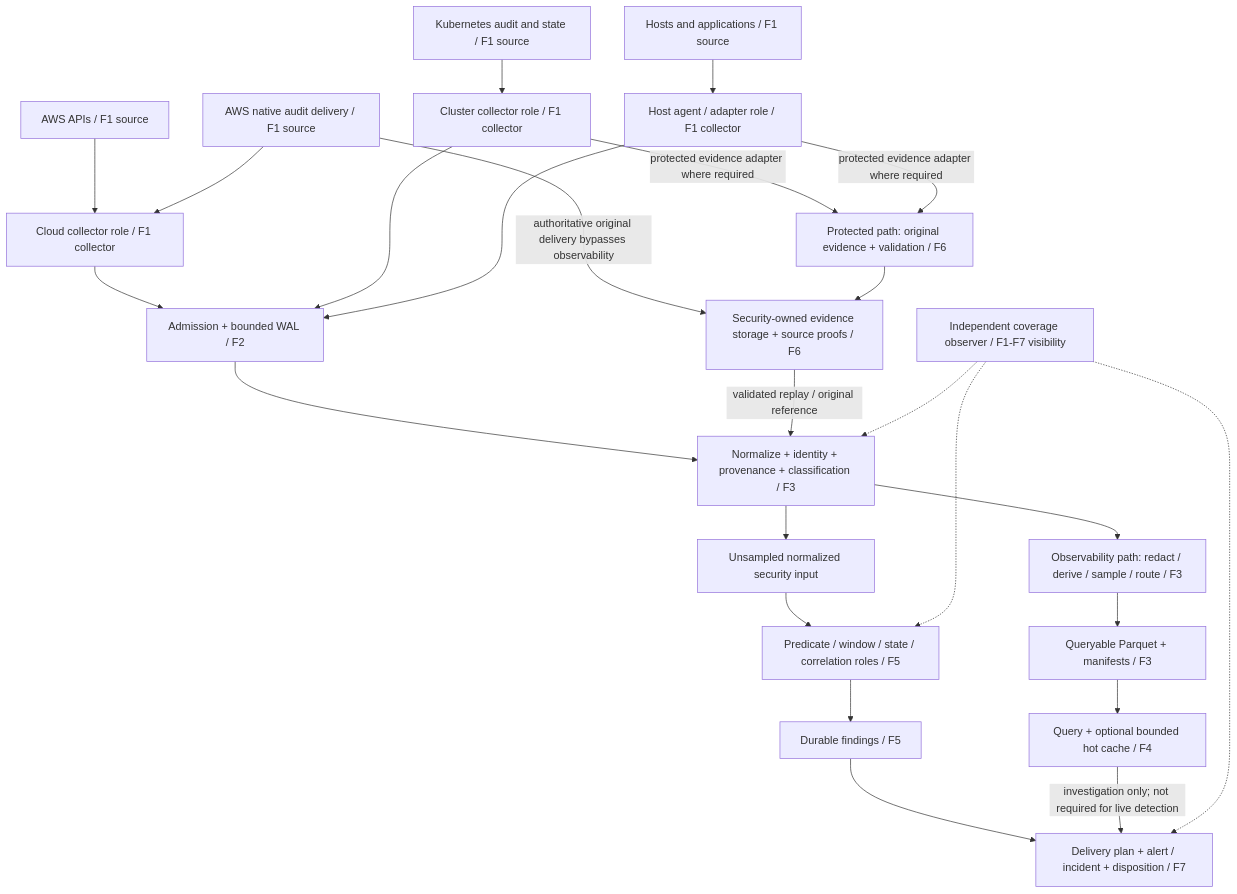
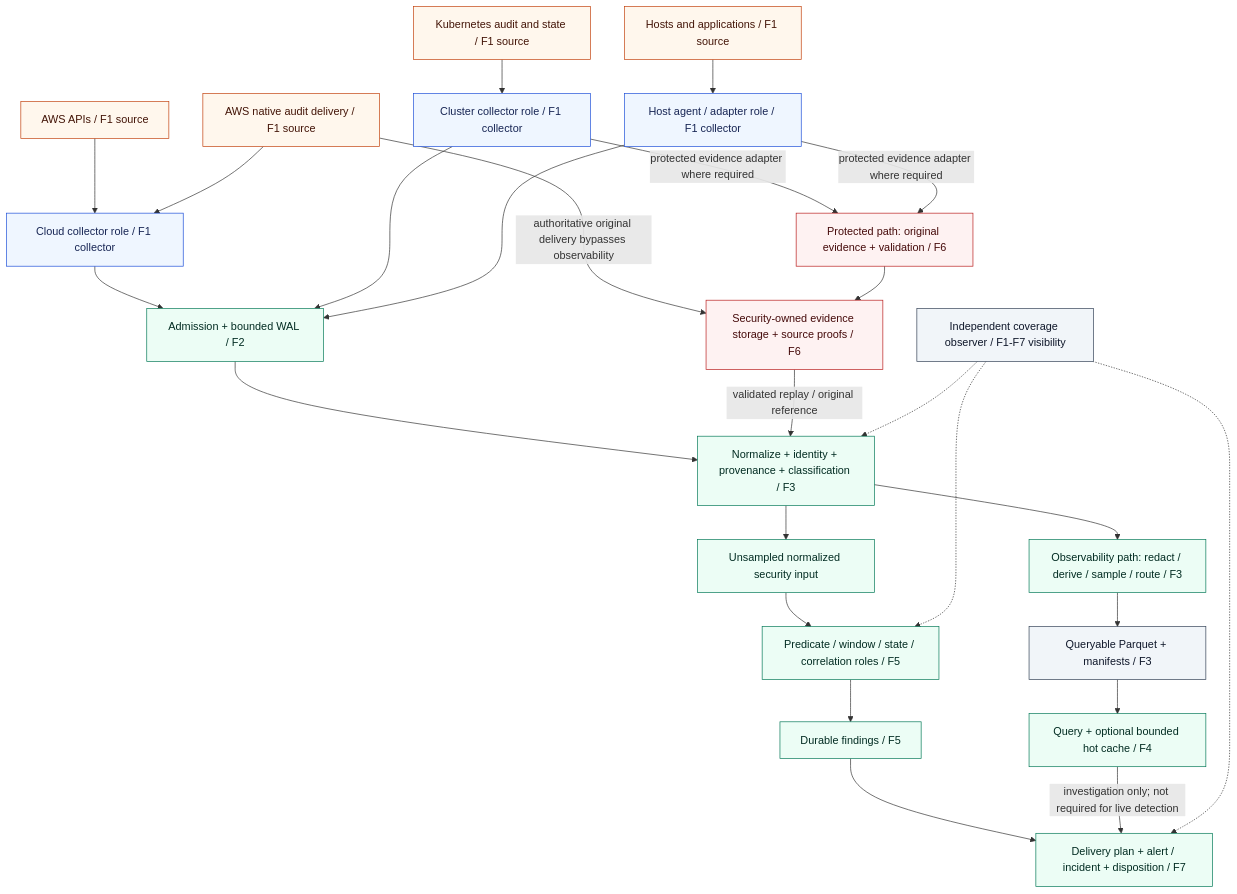
Before and after one commit to mischapogr/platform-signal: the diagram in docs/logical-architecture.md, drawn with Mermaid. The commit also changed 23 other files, not shown here.

First line of the commit message:
feat(docs): add shared Mermaid diagrams and redesign adoption deck

````diff
--- a/docs/logical-architecture.md
+++ b/docs/logical-architecture.md
@@ -12,39 +12,49 @@
 ```mermaid
 flowchart TD
     AWS["AWS native audit delivery / F1 source"]
     API["AWS APIs / F1 source"]
     K8S["Kubernetes audit and state / F1 source"]
     HOST["Hosts and applications / F1 source"]
     CLOUD["Cloud collector role / F1 collector"]
     CLUSTER["Cluster collector role / F1 collector"]
     AGENT["Host agent / adapter role / F1 collector"]
     ADMIT["Admission + bounded WAL / F2"]
     CONTEXT["Normalize + identity + provenance + classification / F3"]
     PROTECT["Protected path: original evidence + validation / F6"]
     SEC["Security-owned evidence storage + source proofs / F6"]
     UNSAMPLED["Unsampled normalized security input"]
     OBS["Observability path: redact / derive / sample / route / F3"]
     STORE["Queryable Parquet + manifests / F3"]
     QUERY["Query + optional bounded hot cache / F4"]
     DETECT["Predicate / window / state / correlation roles / F5"]
     FIND["Durable findings / F5"]
     DELIVERY["Delivery plan + alert / incident + disposition / F7"]
     COVER["Independent coverage observer / F1-F7 visibility"]
     API --> CLOUD --> ADMIT
     K8S --> CLUSTER --> ADMIT
     HOST --> AGENT --> ADMIT
     AWS --> CLOUD
     AWS -->|"authoritative original delivery bypasses observability"| SEC
     CLUSTER -->|"protected evidence adapter where required"| PROTECT
     AGENT -->|"protected evidence adapter where required"| PROTECT
     ADMIT --> CONTEXT
     CONTEXT --> UNSAMPLED --> DETECT
     CONTEXT --> OBS --> STORE --> QUERY
     PROTECT --> SEC
     SEC -->|"validated replay / original reference"| CONTEXT
     DETECT --> FIND --> DELIVERY
     QUERY -->|"investigation only; not required for live detection"| DELIVERY
     COVER -.-> CONTEXT
     COVER -.-> DETECT
     COVER -.-> DELIVERY
+    classDef source fill:#fff7ed,stroke:#c2410c,color:#431407
+    classDef collector fill:#eff6ff,stroke:#1d4ed8,color:#172554
+    classDef core fill:#ecfdf5,stroke:#047857,color:#022c22
+    classDef evidence fill:#fef2f2,stroke:#b91c1c,color:#450a0a
+    classDef store fill:#f1f5f9,stroke:#334155,color:#0f172a
+    class AWS,API,K8S,HOST source
+    class CLOUD,CLUSTER,AGENT collector
+    class ADMIT,CONTEXT,UNSAMPLED,OBS,QUERY,DETECT,FIND,DELIVERY core
+    class PROTECT,SEC evidence
+    class STORE,COVER store
 ```
````
